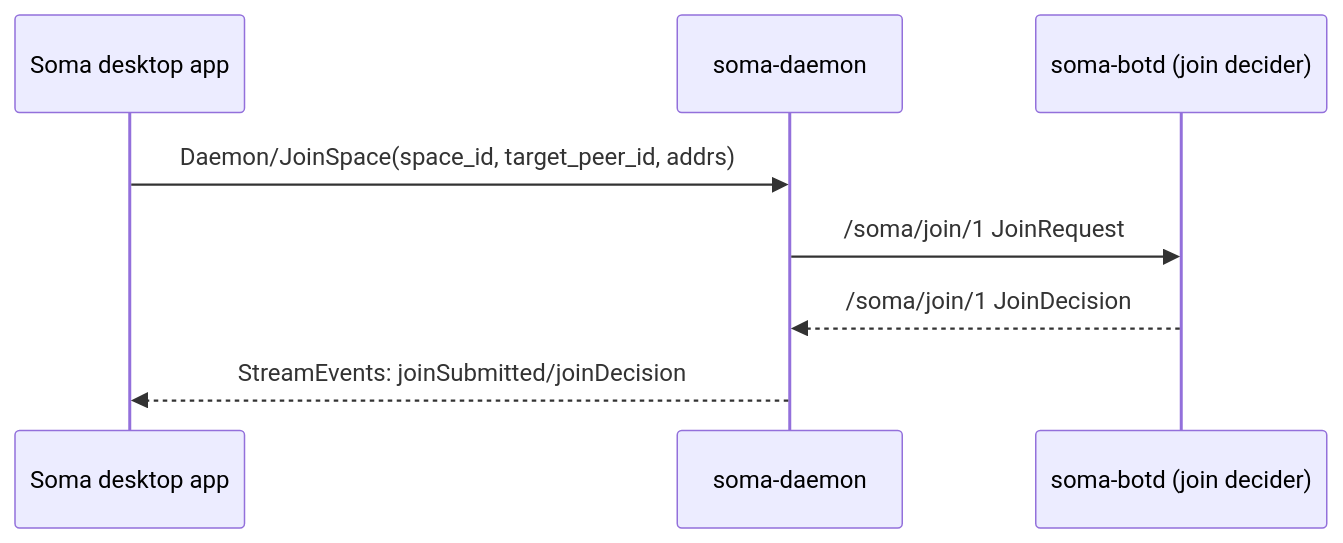
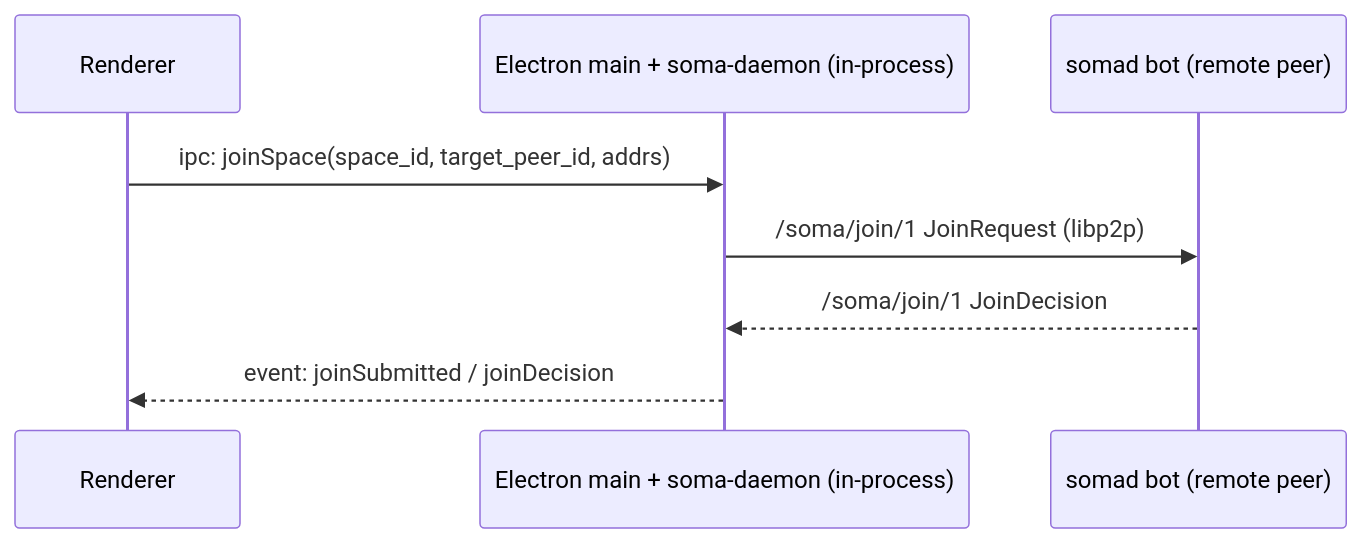
The second of 4 diagrams in docs/src/architecture/e2e-flows.md (stephane-segning/soma), drawn with Mermaid before and after one commit. The commit also changed other lines of this file and 142 other files, not shown here.

````diff
--- a/docs/src/architecture/e2e-flows.md
+++ b/docs/src/architecture/e2e-flows.md
@@ -39,11 +48,11 @@
 ```mermaid
 sequenceDiagram
-  participant UI as Soma desktop app
-  participant Daemon as soma-daemon
-  participant Bot as soma-botd (join decider)
+  participant R as Renderer
+  participant M as Electron main + soma-daemon (in-process)
+  participant Bot as somad bot (remote peer)
 
-  UI->>Daemon: Daemon/JoinSpace(space_id, target_peer_id, addrs)
-  Daemon->>Bot: /soma/join/1 JoinRequest
-  Bot-->>Daemon: /soma/join/1 JoinDecision
-  Daemon-->>UI: StreamEvents: joinSubmitted/joinDecision
+  R->>M: ipc: joinSpace(space_id, target_peer_id, addrs)
+  M->>Bot: /soma/join/1 JoinRequest (libp2p)
+  Bot-->>M: /soma/join/1 JoinDecision
+  M-->>R: event: joinSubmitted / joinDecision
 ```
````
